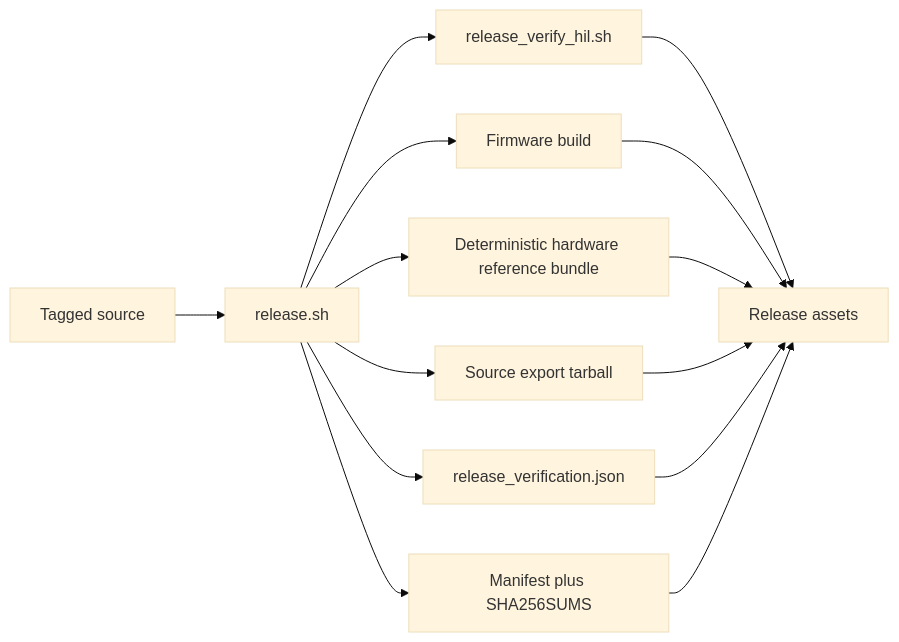
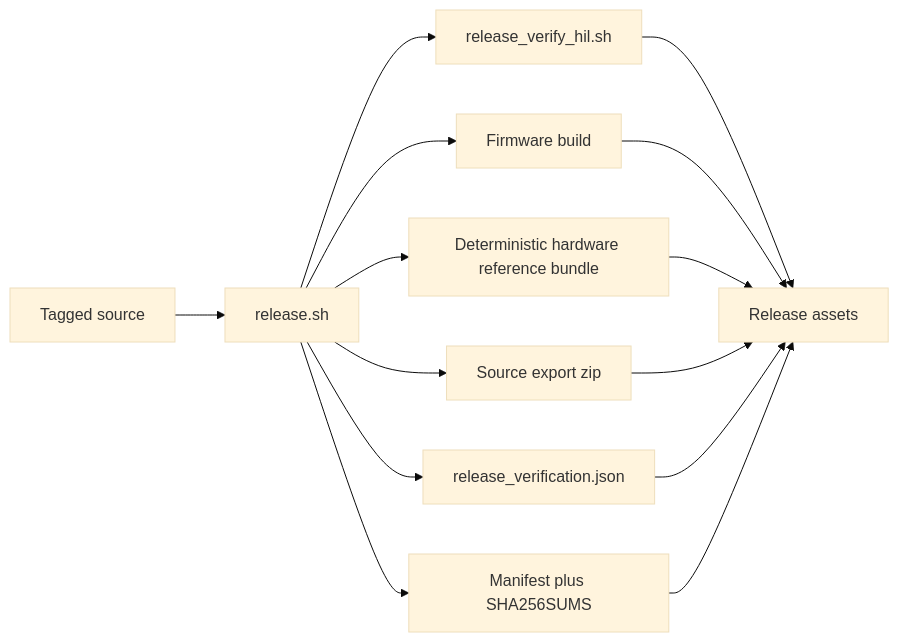
One commit to bseverns/MOARkNOBS-42 changed the diagram in docs/release/Reproducibility.md. Above: the diagram before and after it, drawn with Mermaid (base theme). The commit also changed other lines of this file and 2 other files, not shown here.

Commit message:
packaging cleanup

````diff
--- a/docs/release/Reproducibility.md
+++ b/docs/release/Reproducibility.md
@@ -19,16 +19,16 @@
 ```mermaid
 flowchart LR
   A[Tagged source] --> B[release.sh]
   B --> C[release_verify_hil.sh]
   B --> D[Firmware build]
   B --> E[Deterministic hardware reference bundle]
-  B --> F[Source export tarball]
+  B --> F[Source export zip]
   B --> G[release_verification.json]
   B --> H[Manifest plus SHA256SUMS]
   C --> I[Release assets]
   D --> I
   E --> I
   F --> I
   G --> I
   H --> I
 ```
````
